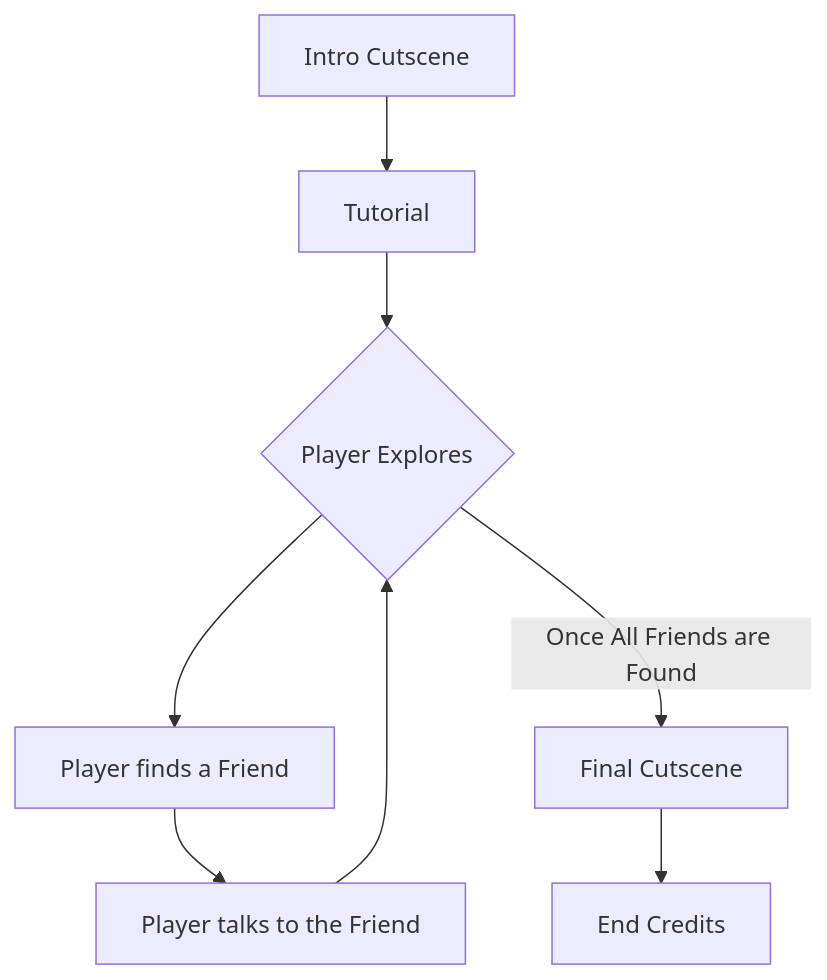
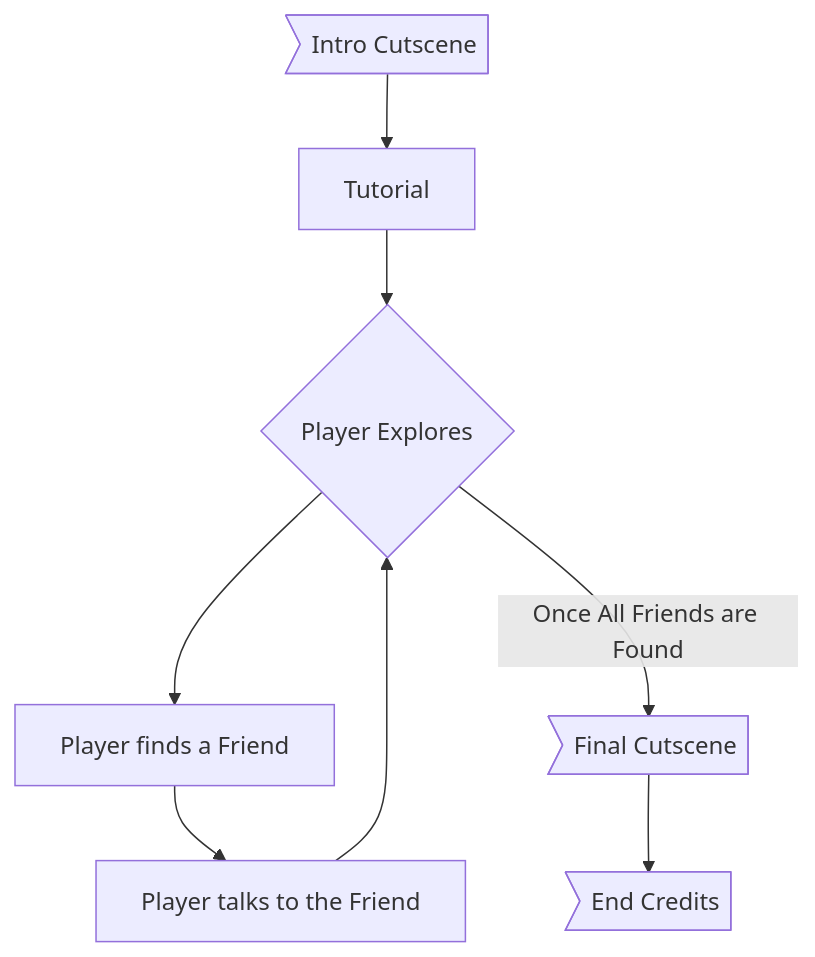
The diagram in vault/systems.md (Syrup36/Senior-Project-Design-Doc), drawn with Mermaid before and after one commit. The commit also changed other lines of this file and 4 other files, not shown here.

````diff
--- a/vault/systems.md
+++ b/vault/systems.md
@@ -16,10 +16,10 @@
 ```mermaid
     flowchart TB;
-        A[Intro Cutscene]-->B[Tutorial];
+        A>Intro Cutscene]-->B[Tutorial];
         B-->C{Player Explores};
         C-->D[Player finds a Friend];
         D-->E[Player talks to the Friend];
         E-->C;
-        C-->|Once All Friends are Found|F[Final Cutscene];
-        F-->G[End Credits];     
+        C-->|Once All Friends are Found|F>Final Cutscene];
+        F-->G>End Credits];     
 ```
````
